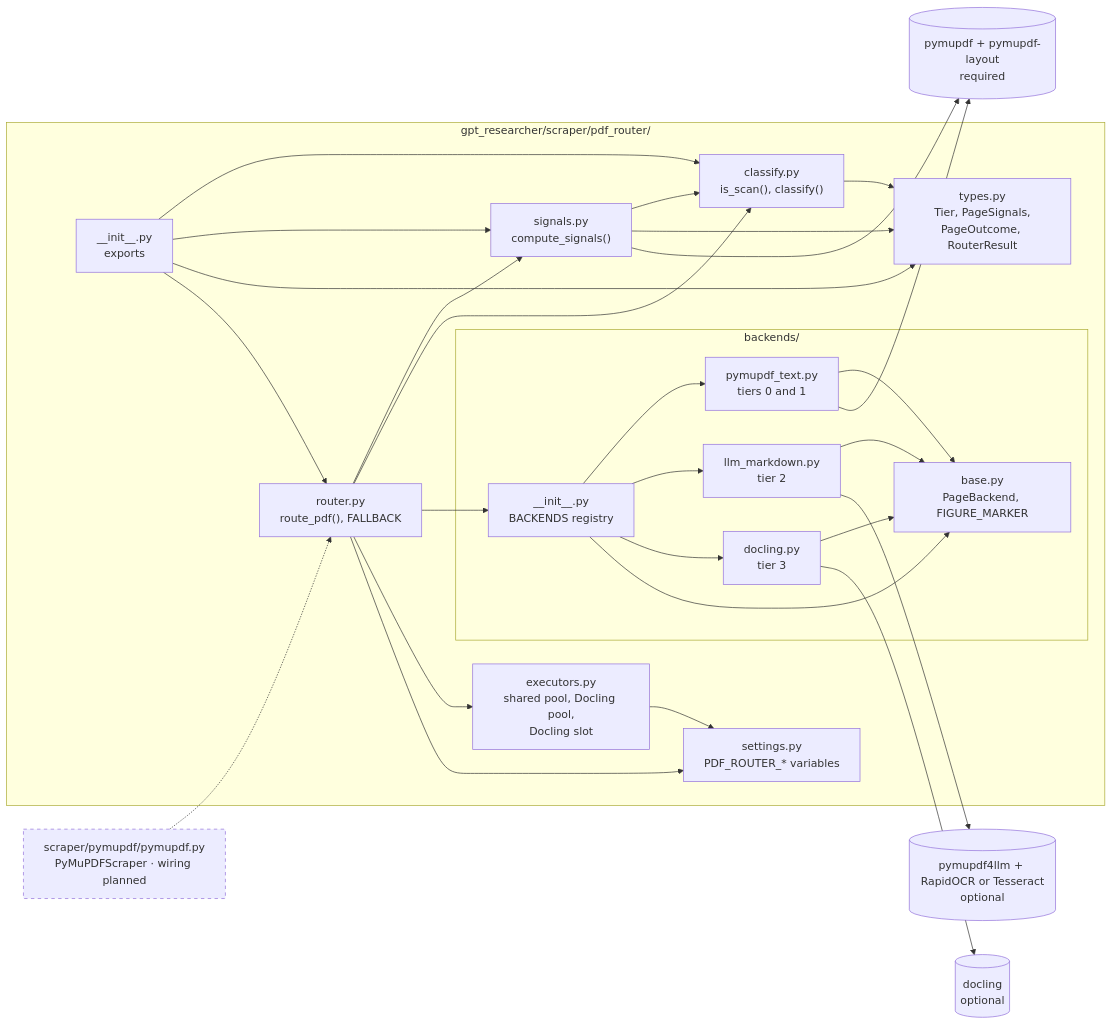
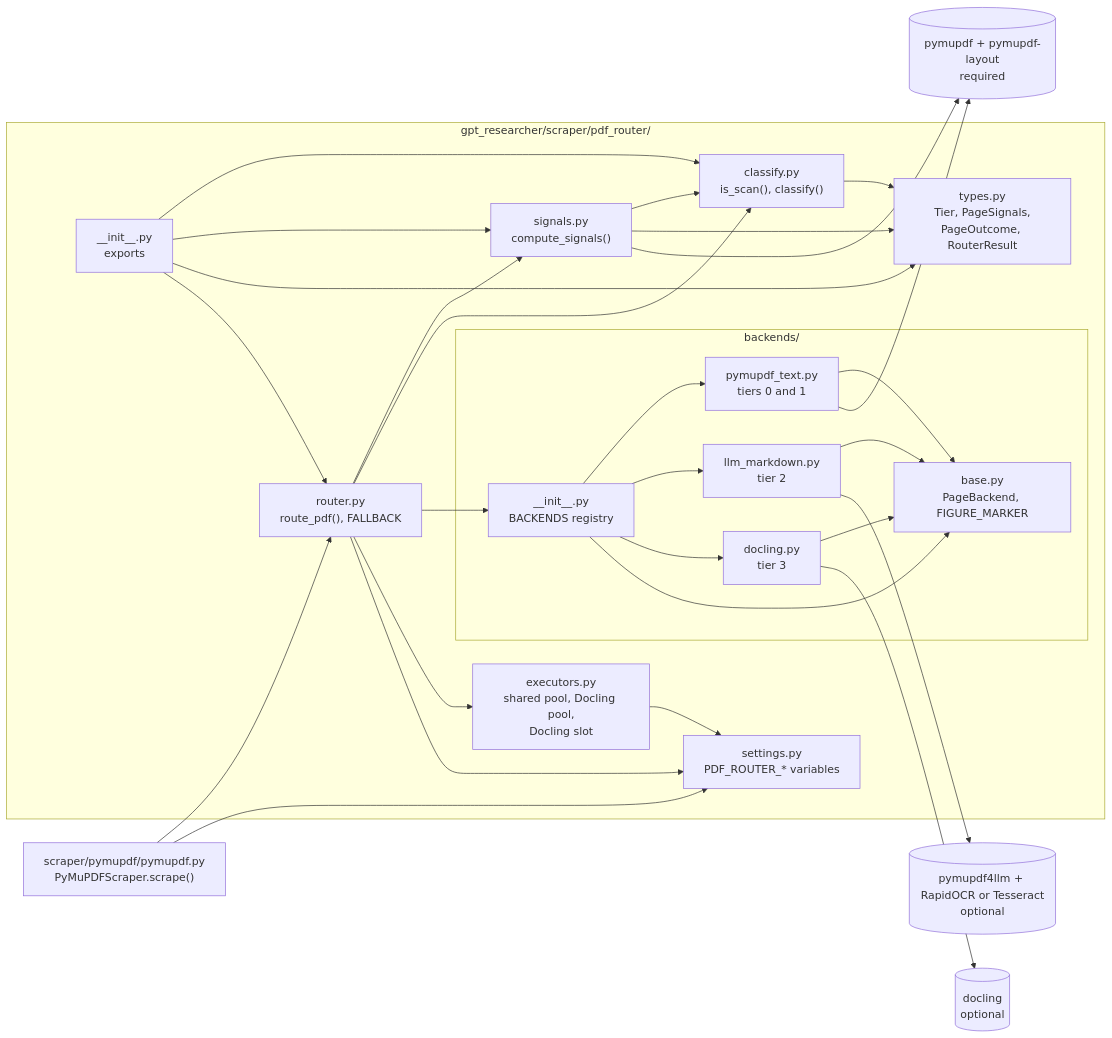
The first of 11 diagrams in gpt_researcher/scraper/pdf_router/README.md (MoatasemEbrahim/gpt-researcher-with-PDF-router), drawn with Mermaid before and after one commit. The commit also changed other lines of this file and 4 other files, not shown here.

First line of the commit message:
feat(scraper): route PDFs through the page router in PyMuPDFScraper

````diff
--- a/gpt_researcher/scraper/pdf_router/README.md
+++ b/gpt_researcher/scraper/pdf_router/README.md
@@ -9,35 +9,34 @@
 ```mermaid
 flowchart LR
     subgraph pkg["gpt_researcher/scraper/pdf_router/"]
         init["__init__.py<br/>exports"]
         types["types.py<br/>Tier, PageSignals,<br/>PageOutcome, RouterResult"]
         settings["settings.py<br/>PDF_ROUTER_* variables"]
         signals["signals.py<br/>compute_signals()"]
         classify["classify.py<br/>is_scan(), classify()"]
         router["router.py<br/>route_pdf(), FALLBACK"]
         executors["executors.py<br/>shared pool, Docling pool,<br/>Docling slot"]
         subgraph backends["backends/"]
             binit["__init__.py<br/>BACKENDS registry"]
             base["base.py<br/>PageBackend, FIGURE_MARKER"]
             text["pymupdf_text.py<br/>tiers 0 and 1"]
             llm["llm_markdown.py<br/>tier 2"]
             doc["docling.py<br/>tier 3"]
         end
     end
-    scraper["scraper/pymupdf/pymupdf.py<br/>PyMuPDFScraper · wiring planned"]:::planned
+    scraper["scraper/pymupdf/pymupdf.py<br/>PyMuPDFScraper.scrape()"]
 
-    scraper -.-> router
+    scraper --> router & settings
     router --> signals & classify & binit & executors & settings
     executors --> settings
     init --> classify & signals & types & router
     signals --> classify & types
     classify --> types
     binit --> text & llm & doc & base
     text & llm & doc --> base
     text --> pymupdf[("pymupdf + pymupdf-layout<br/>required")]
     signals --> pymupdf
     llm --> p4llm[("pymupdf4llm + RapidOCR or Tesseract<br/>optional")]
     doc --> docling[("docling<br/>optional")]
 
-    classDef planned stroke-dasharray: 5 5
 ```
````
